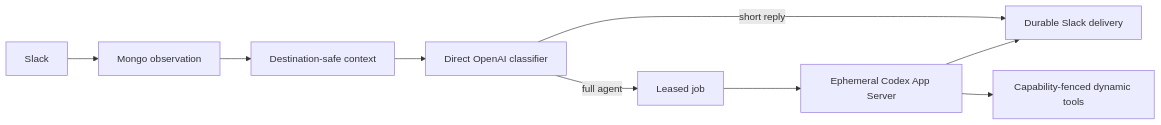
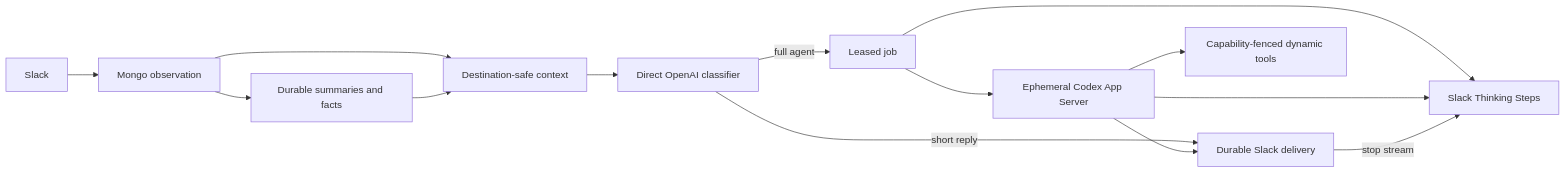
Before and after one commit to telemetryOS/tos-tag: the diagram in README.md, drawn with Mermaid. The commit also changed other lines of this file and 87 other files, not shown here.

````diff
--- a/README.md
+++ b/README.md
@@ -53,11 +65,16 @@
 ```mermaid
 flowchart LR
     Slack --> Observe["Mongo observation"]
     Observe --> Context["Destination-safe context"]
+    Observe --> Memory["Durable summaries and facts"]
+    Memory --> Context
     Context --> Classifier["Direct OpenAI classifier"]
     Classifier -->|short reply| Delivery["Durable Slack delivery"]
     Classifier -->|full agent| Job["Leased job"]
     Job --> Codex["Ephemeral Codex App Server"]
     Codex --> Tools["Capability-fenced dynamic tools"]
+    Job --> Steps["Slack Thinking Steps"]
+    Codex --> Steps
     Codex --> Delivery
+    Delivery -->|stop stream| Steps
 ```
````
